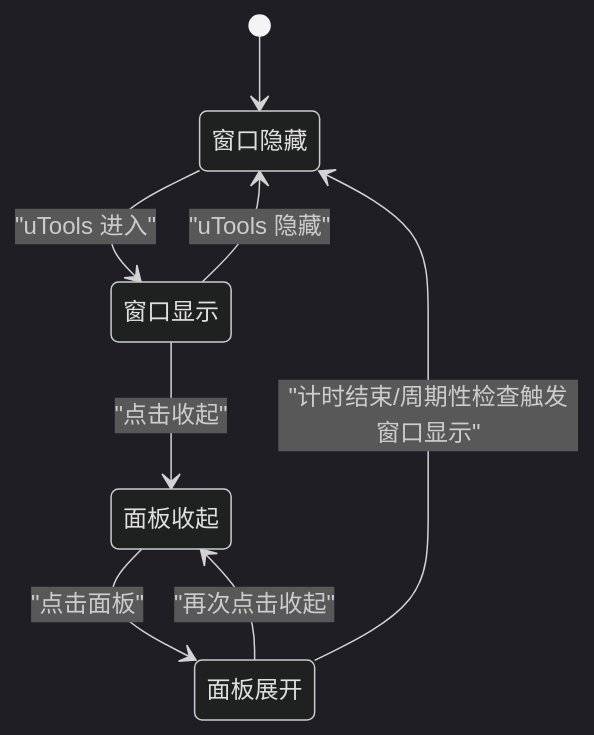
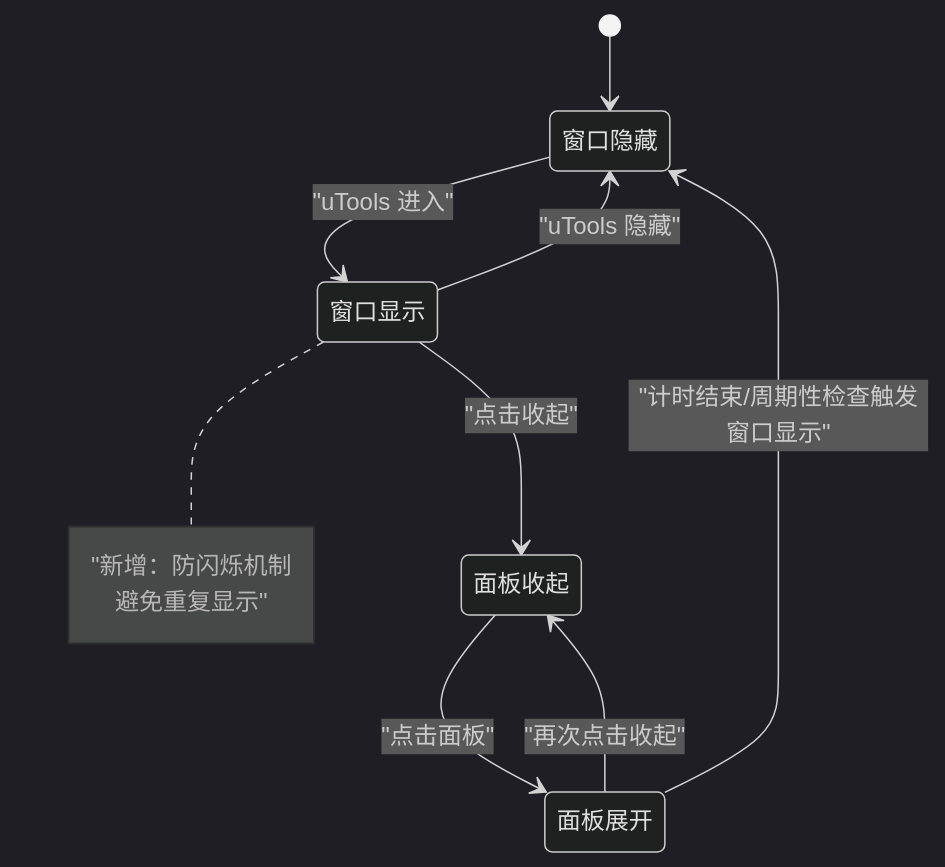
Before and after one commit to kqcoxn/utools-releax-tip: the seventh of 7 diagrams in .qoder/repowiki/zh/content/状态管理/界面状态管理.md, drawn with Mermaid (dark theme). The commit also changed other lines of this file and 4 other files, not shown here.

````diff
--- a/.qoder/repowiki/zh/content/状态管理/界面状态管理.md
+++ b/.qoder/repowiki/zh/content/状态管理/界面状态管理.md
@@ -345,10 +413,11 @@
 ```mermaid
 stateDiagram-v2
 [*] --> 窗口隐藏
 窗口隐藏 --> 窗口显示 : "uTools 进入"
 窗口显示 --> 窗口隐藏 : "uTools 隐藏"
 窗口显示 --> 面板收起 : "点击收起"
 面板收起 --> 面板展开 : "点击面板"
 面板展开 --> 面板收起 : "再次点击收起"
 面板展开 --> 窗口隐藏 : "计时结束/周期性检查触发窗口显示"
+note right of 窗口显示 : "新增：防闪烁机制<br/>避免重复显示"
 ```
````
